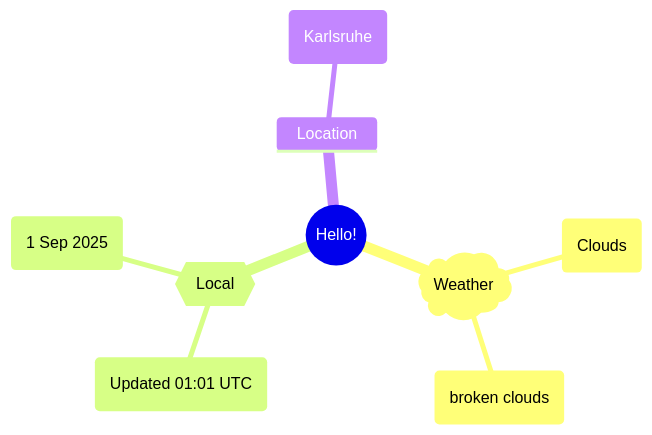
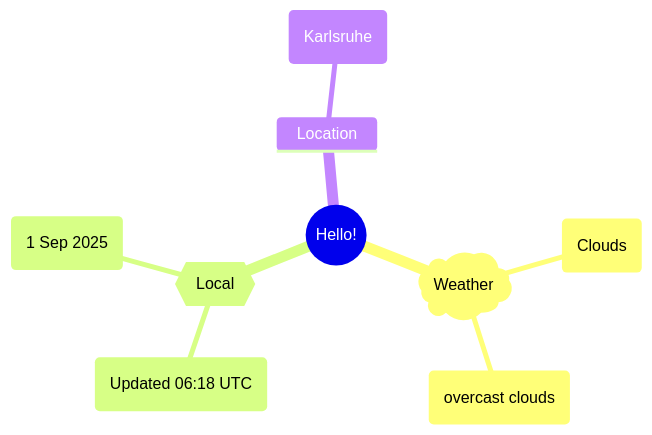
One commit to Xosrov/Xosrov changed the first of 2 diagrams in README.md. Above: the diagram before and after it, drawn with Mermaid.

Commit message:
[bot] updated images

````diff
--- a/README.md
+++ b/README.md
@@ -3,12 +3,12 @@
 ```mermaid
 mindmap
   root((Hello!))
     )Weather(
         (Clouds)
-        (broken clouds)
+        (overcast clouds)
     {{Local}}
-        (Updated 01:01 UTC)
+        (Updated 06:18 UTC)
         (1 Sep 2025)
     Location
         (Karlsruhe)
 ```
````
